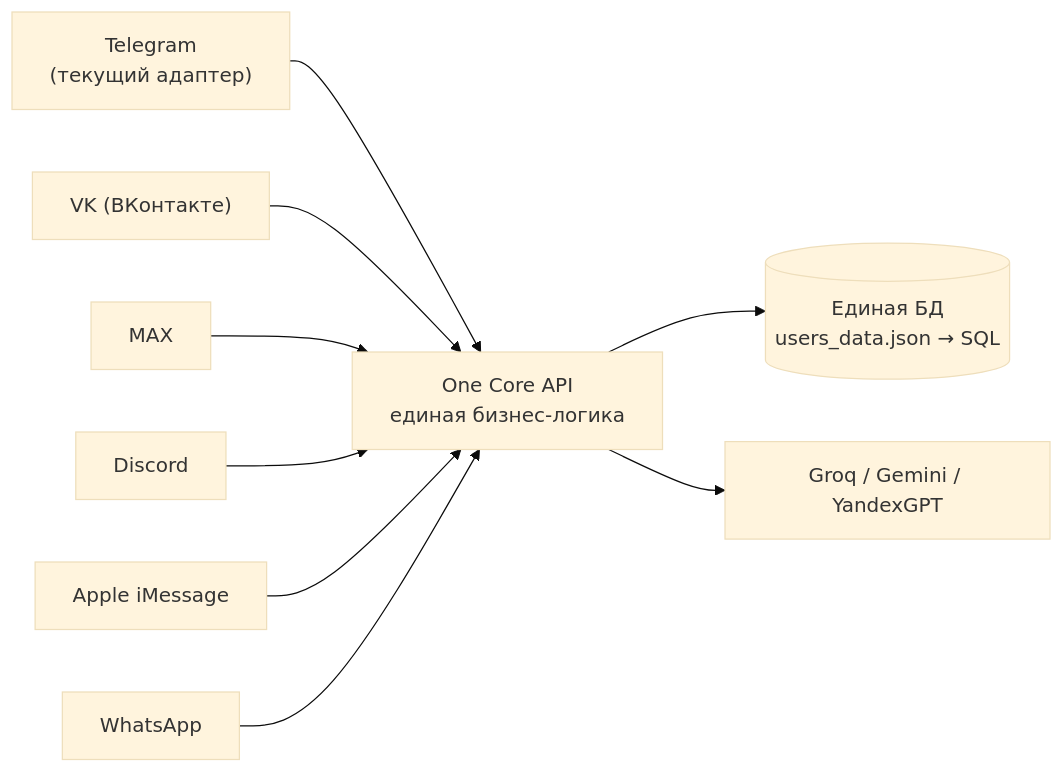
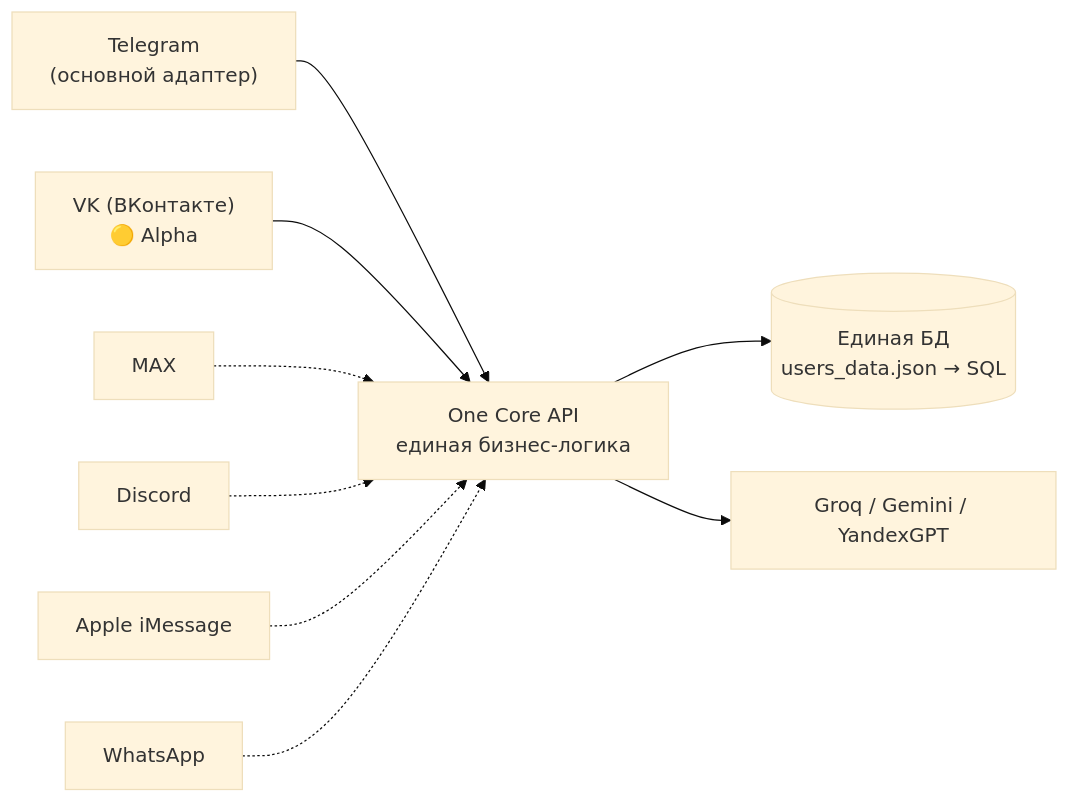
Before and after one commit to pavelrakcheev/APAS-Telegram-Bot: the second of 4 diagrams in README.md, drawn with Mermaid (base theme). The commit also changed other lines of this file and 22 other files, not shown here.

````diff
--- a/README.md
+++ b/README.md
@@ -623,11 +636,11 @@
 ```mermaid
 flowchart LR
-    TG["Telegram<br/>(текущий адаптер)"] --> CORE["One Core API<br/>единая бизнес-логика"]
-    VK["VK (ВКонтакте)"] --> CORE
-    MAX["MAX"] --> CORE
-    DISC["Discord"] --> CORE
-    IM["Apple iMessage"] --> CORE
-    WA["WhatsApp"] --> CORE
+    TG["Telegram<br/>(основной адаптер)"] --> CORE["One Core API<br/>единая бизнес-логика"]
+    VK["VK (ВКонтакте)<br/>🟡 Alpha"] --> CORE
+    MAX["MAX"] -.-> CORE
+    DISC["Discord"] -.-> CORE
+    IM["Apple iMessage"] -.-> CORE
+    WA["WhatsApp"] -.-> CORE
     CORE --> DB[("Единая БД<br/>users_data.json → SQL")]
     CORE --> AI["Groq / Gemini / YandexGPT"]
 ```
````
